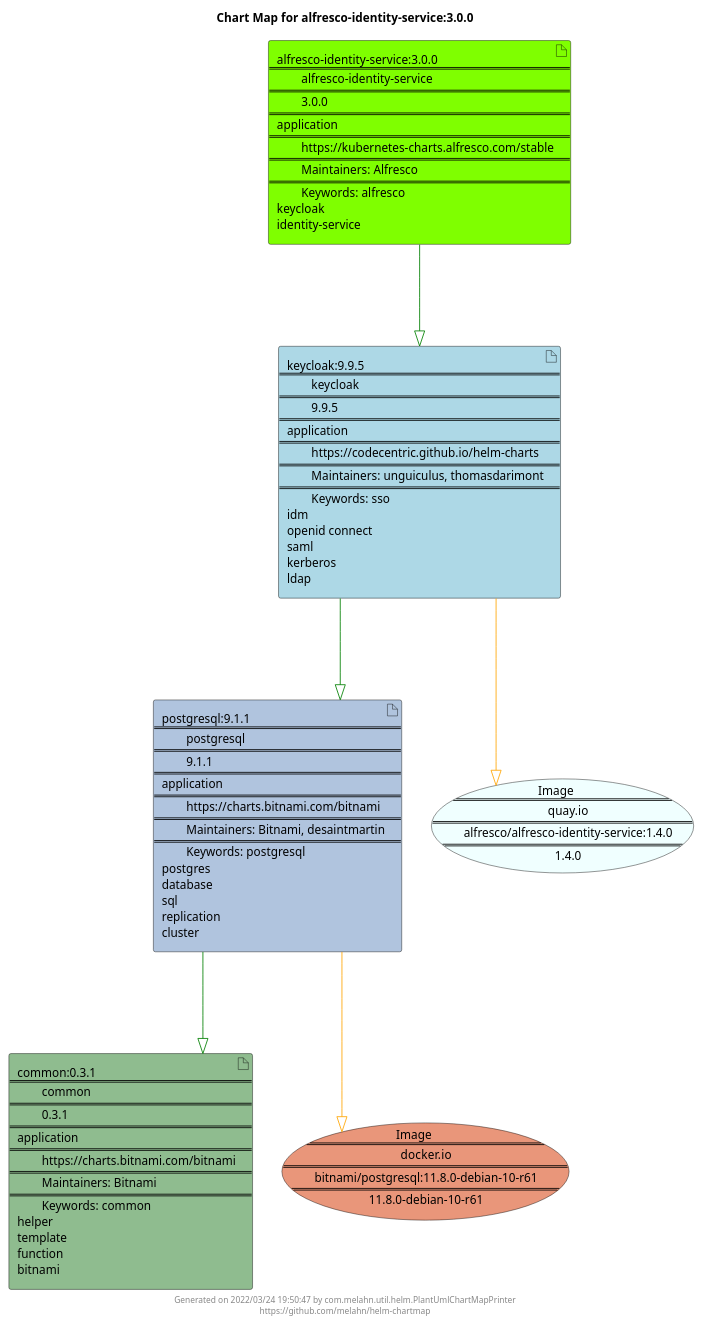
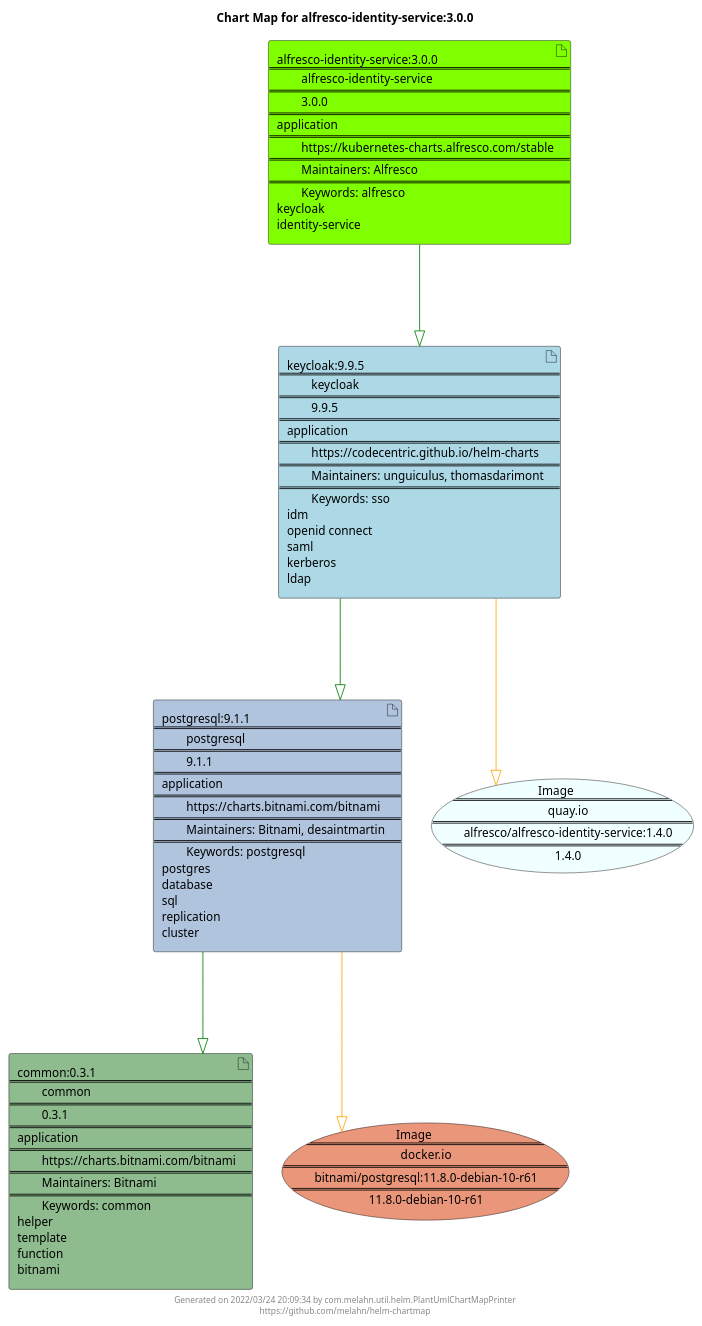
The diagram in docs/alfresco-identity-service/alfresco-identity-service-3.0.0.puml (melahn/helm-chartmap), drawn with PlantUML before and after one commit. The commit also changed 51 other files, not shown here.

Commit message:
Update Example Chart Maps as part of GitHub build

```diff
--- a/docs/alfresco-identity-service/alfresco-identity-service-3.0.0.puml
+++ b/docs/alfresco-identity-service/alfresco-identity-service-3.0.0.puml
@@ -1,29 +1,29 @@
 @startuml
 skinparam linetype ortho
 skinparam backgroundColor white
 skinparam usecaseBorderColor black
 skinparam usecaseArrowColor LightSlateGray
 skinparam artifactBorderColor black
 skinparam artifactArrowColor LightSlateGray
 
 title Chart Map for alfresco-identity-service:3.0.0
 
 'There are 4 referenced Helm Charts
 artifact "postgresql:9.1.1\n====\n\tpostgresql\n====\n\t9.1.1\n====\napplication\n====\n\thttps://charts.bitnami.com/bitnami\n====\n\tMaintainers: Bitnami, desaintmartin\n====\n\tKeywords: postgresql\npostgres\ndatabase\nsql\nreplication\ncluster" as postgresql_9_1_1 #LightSteelBlue
 artifact "alfresco-identity-service:3.0.0\n====\n\talfresco-identity-service\n====\n\t3.0.0\n====\napplication\n====\n\thttps://kubernetes-charts.alfresco.com/stable\n====\n\tMaintainers: Alfresco\n====\n\tKeywords: alfresco\nkeycloak\nidentity-service" as alfresco_identity_service_3_0_0 #Chartreuse
 artifact "keycloak:9.9.5\n====\n\tkeycloak\n====\n\t9.9.5\n====\napplication\n====\n\thttps://codecentric.github.io/helm-charts\n====\n\tMaintainers: unguiculus, thomasdarimont\n====\n\tKeywords: sso\nidm\nopenid connect\nsaml\nkerberos\nldap" as keycloak_9_9_5 #LightBlue
 artifact "common:0.3.1\n====\n\tcommon\n====\n\t0.3.1\n====\napplication\n====\n\thttps://charts.bitnami.com/bitnami\n====\n\tMaintainers: Bitnami\n====\n\tKeywords: common\nhelper\ntemplate\nfunction\nbitnami" as common_0_3_1 #DarkSeaGreen
 
 'There are 2 referenced Docker Images
 usecase "Image\n====\n\tdocker.io\n====\n\tbitnami/postgresql:11.8.0-debian-10-r61\n====\n\t11.8.0-debian-10-r61" as docker_io_bitnami_postgresql_11_8_0_debian_10_r61 #DarkSalmon
 usecase "Image\n====\n\tquay.io\n====\n\talfresco/alfresco-identity-service:1.4.0\n====\n\t1.4.0" as quay_io_alfresco_alfresco_identity_service_1_4_0 #Azure
 
 'Chart Dependencies
 alfresco_identity_service_3_0_0--[#green]-|>keycloak_9_9_5
 keycloak_9_9_5--[#green]-|>postgresql_9_1_1
 postgresql_9_1_1--[#green]-|>common_0_3_1
 postgresql_9_1_1--[#orange]-|>docker_io_bitnami_postgresql_11_8_0_debian_10_r61
 keycloak_9_9_5--[#orange]-|>quay_io_alfresco_alfresco_identity_service_1_4_0
 
-center footer Generated on 2022/03/24 19:50:47 by com.melahn.util.helm.PlantUmlChartMapPrinter\nhttps://github.com/melahn/helm-chartmap
+center footer Generated on 2022/03/24 20:09:34 by com.melahn.util.helm.PlantUmlChartMapPrinter\nhttps://github.com/melahn/helm-chartmap
 @enduml
```
